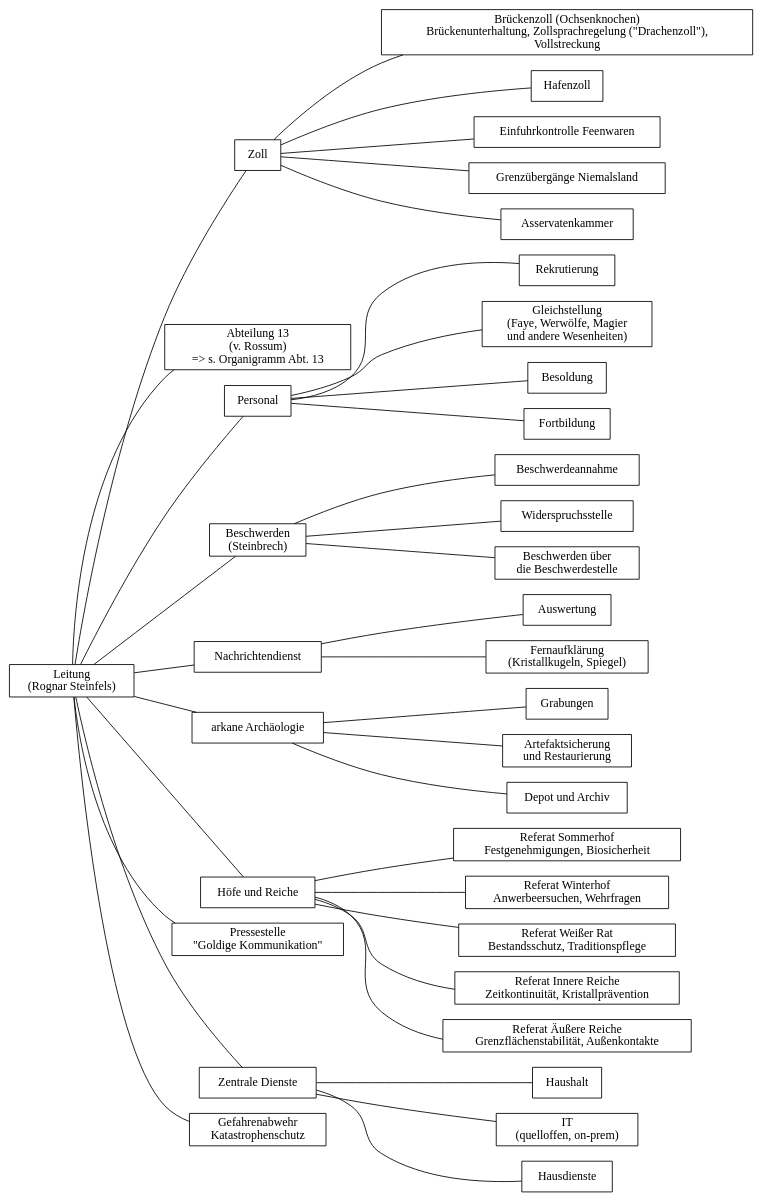
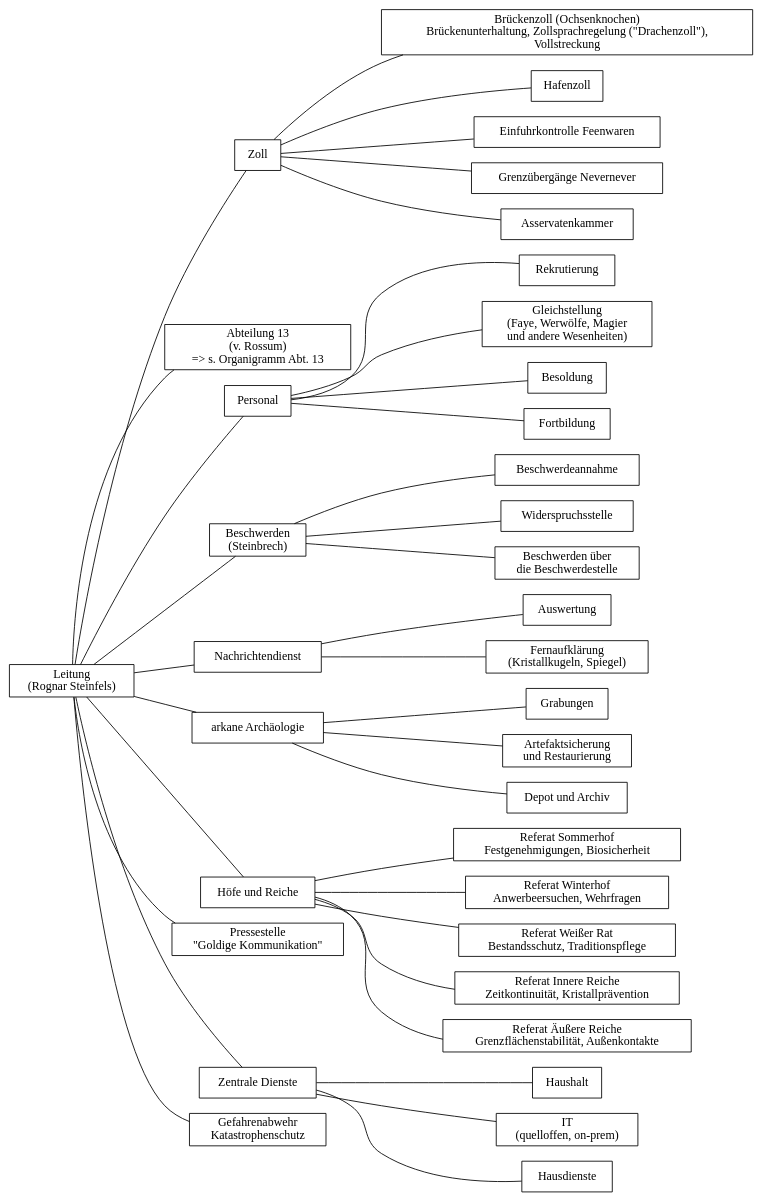
One commit to wy-bbw/df_docs changed the diagram in ministerium_organigramm/organigramm.dot. Above: the diagram before and after it, drawn with Graphviz. The commit also changed 1 other file, not shown here.

Commit message:
namefix nevernever

```diff
--- a/ministerium_organigramm/organigramm.dot
+++ b/ministerium_organigramm/organigramm.dot
@@ -1,85 +1,85 @@
 graph organigramm_ministerium
 {
     rankdir=LR
     node[shape=box]
 
     leitung[label="Leitung\n(Rognar Steinfels)"]
     zoll[label="Zoll"]
     brueckenzoll[label="Brückenzoll (Ochsenknochen)\nBrückenunterhaltung, Zollsprachregelung (\"Drachenzoll\"),\nVollstreckung"]
     abt13[label="Abteilung 13\n(v. Rossum)\n=> s. Organigramm Abt. 13"]
     personal[label="Personal"]
     beschwerde[label="Beschwerden\n(Steinbrech)"]
     nachrichten[label="Nachrichtendienst"]
     arkanarcheo[label="arkane Archäologie"]
 
     hafenzoll[label="Hafenzoll"]
     feenwaren[label="Einfuhrkontrolle Feenwaren"]
-    niemalsland[label="Grenzübergänge Niemalsland"]
+    niemalsland[label="Grenzübergänge Nevernever"]
     asservaten[label="Asservatenkammer"]
 
     hoefe[label="Höfe und Reiche"]
     sommerhof[label="Referat Sommerhof\nFestgenehmigungen, Biosicherheit"]
     winterhof[label="Referat Winterhof\nAnwerbeersuchen, Wehrfragen"]
     weisserrat[label="Referat Weißer Rat\nBestandsschutz, Traditionspflege"]
     innerereiche[label="Referat Innere Reiche\nZeitkontinuität, Kristallprävention"]
     aeusserereiche[label="Referat Äußere Reiche\nGrenzflächenstabilität, Außenkontakte"]
 
     rekrutierung[label="Rekrutierung"]
     gleichstellung[label="Gleichstellung\n(Faye, Werwölfe, Magier\nund andere Wesenheiten)"]
     besoldung[label="Besoldung"]
     fortbildung[label="Fortbildung"]
 
     beschwerdeannahme[label="Beschwerdeannahme"]
     widerspruch[label="Widerspruchsstelle"]
     beschwerdebeschwerde[label="Beschwerden über\ndie Beschwerdestelle"]
 
     auswertung[label="Auswertung"]
     fernaufklaerung[label="Fernaufklärung\n(Kristallkugeln, Spiegel)"]
 
     grabung[label="Grabungen"]
     artefakte[label="Artefaktsicherung\nund Restaurierung"]
     depot[label="Depot und Archiv"]
 
     presse[label="Pressestelle\n\"Goldige Kommunikation\""]
     zentral[label="Zentrale Dienste"]
     haushalt[label="Haushalt"]
     it[label="IT\n(quelloffen, on-prem)"]
     hausdienste[label="Hausdienste"]
     gefahrenabwehr[label="Gefahrenabwehr\nKatastrophenschutz"]
 
     leitung -- zoll
     zoll -- brueckenzoll
     zoll -- hafenzoll
     zoll -- feenwaren
     zoll -- niemalsland
     zoll -- asservaten
     leitung -- hoefe
     hoefe -- sommerhof
     hoefe -- winterhof
     hoefe -- weisserrat
     hoefe -- innerereiche
     hoefe -- aeusserereiche
     leitung -- abt13
     leitung -- personal
     personal -- rekrutierung
     personal -- gleichstellung
     personal -- besoldung
     personal -- fortbildung
     leitung -- beschwerde
     beschwerde -- beschwerdeannahme
     beschwerde -- widerspruch
     beschwerde -- beschwerdebeschwerde
     leitung -- nachrichten
     nachrichten -- auswertung
     nachrichten -- fernaufklaerung
     leitung -- arkanarcheo
     arkanarcheo -- grabung
     arkanarcheo -- artefakte
     arkanarcheo -- depot
     leitung -- presse
     leitung -- zentral
     zentral -- haushalt
     zentral -- it
     zentral -- hausdienste
     leitung -- gefahrenabwehr
 }
```
